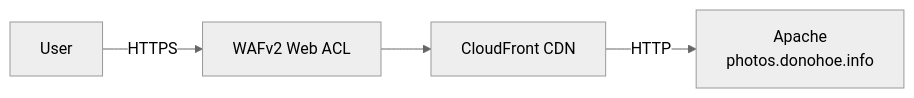
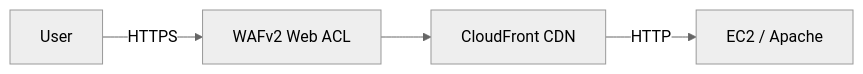
Before and after one commit to dougdonohoe/ddphotos: the diagram in README-DEV.md, drawn with Mermaid (neutral theme). The commit also changed 1 other file, not shown here.

````diff
--- a/README-DEV.md
+++ b/README-DEV.md
@@ -393,6 +393,6 @@
 ```mermaid
 flowchart LR
     User -->|HTTPS| WAF["WAFv2 Web ACL"]
     WAF --> CF["CloudFront CDN"]
-    CF -->|HTTP| Apache["Apache \n photos.donohoe.info"]
+    CF -->|HTTP| Apache["EC2 / Apache"]
 ```
````
